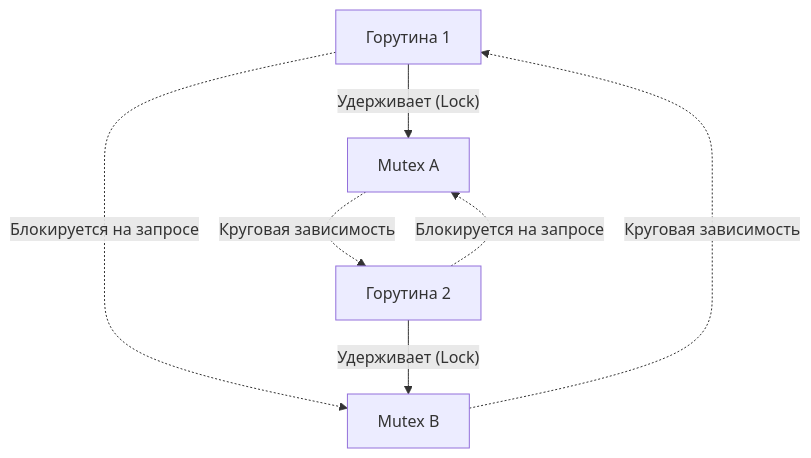
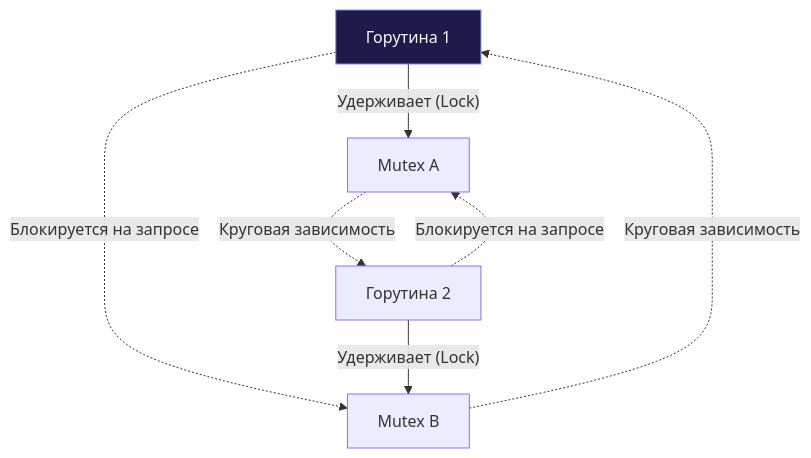
The diagram in sources/15. Тестирование в Go (QA & Testing)/07. Конкурентность/4. Deadlock detection.md (UnrealTemplier/go-textbook), drawn with Mermaid before and after one commit. The commit also changed 1666 other files, not shown here.

First line of the commit message:
feat(mermaid): add semantic color classDef to 1369 colorless flowchart/graph diagrams

````diff
--- a/sources/15. Тестирование в Go (QA & Testing)/07. Конкурентность/4. Deadlock detection.md
+++ b/sources/15. Тестирование в Go (QA & Testing)/07. Конкурентность/4. Deadlock detection.md
@@ -17,11 +17,21 @@
 ```mermaid
 flowchart TD
-    G1["Горутина 1"] -->|"Удерживает (Lock)"| M1["Mutex A"]
+    classDef process  fill:#1e293b,stroke:#38bdf8,stroke-width:1px,color:#f8fafc
+    classDef success  fill:#064e3b,stroke:#34d399,stroke-width:1px,color:#f8fafc
+    classDef error    fill:#7f1d1d,stroke:#f87171,stroke-width:1px,color:#f8fafc
+    classDef warning  fill:#78350f,stroke:#fbbf24,stroke-width:1px,color:#f8fafc
+    classDef entry    fill:#1e3a5f,stroke:#38bdf8,stroke-width:2px,color:#f8fafc
+    classDef aux      fill:#334155,stroke:#64748b,stroke-width:1px,color:#f8fafc
+    classDef system   fill:#312e81,stroke:#a78bfa,stroke-width:1px,color:#f8fafc
+    classDef data     fill:#132d29,stroke:#2dd4bf,stroke-width:1px,color:#f8fafc
+    classDef network  fill:#881337,stroke:#fb7185,stroke-width:1px,color:#f8fafc
+    classDef accent   fill:#1e1b4b,stroke:#818cf8,stroke-width:1px,color:#f8fafc
+    G1["Горутина 1"]:::accent -->|"Удерживает (Lock)"| M1["Mutex A"]
     G1 -.->|"Блокируется на запросе"| M2["Mutex B"]
     
     G2["Горутина 2"] -->|"Удерживает (Lock)"| M2
     G2 -.->|"Блокируется на запросе"| M1
 
     M1 -.->|"Круговая зависимость"| G2
     M2 -.->|"Круговая зависимость"| G1
 ```
````
